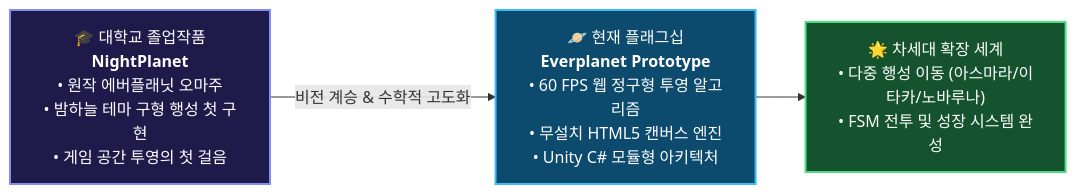
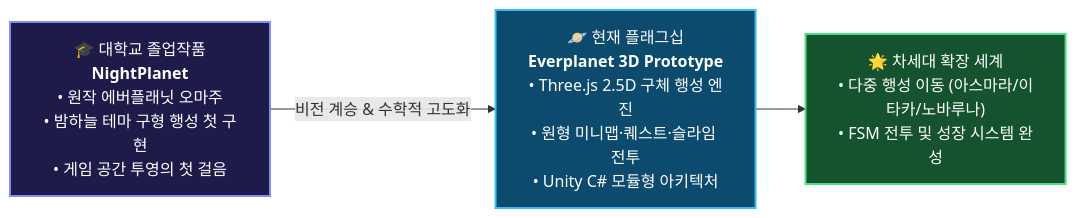
The diagram in README.md (kri2126/kri2126), drawn with Mermaid before and after one commit. The commit also changed other lines of this file, not shown here.

Commit message:
feat: Update demo links and content to 3D version (evergreen-3d.html)

````diff
--- a/README.md
+++ b/README.md
@@ -107,9 +108,9 @@
 ```mermaid
 flowchart LR
-    A["🎓 대학교 졸업작품<br><b>NightPlanet</b><br>• 원작 에버플래닛 오마주<br>• 밤하늘 테마 구형 행성 첫 구현<br>• 게임 공간 투영의 첫 걸음"] -->|비전 계승 & 수학적 고도화| B["🪐 현재 플래그십<br><b>Everplanet Prototype</b><br>• 60 FPS 웹 정구형 투영 알고리즘<br>• 무설치 HTML5 캔버스 엔진<br>• Unity C# 모듈형 아키텍처"]
+    A["🎓 대학교 졸업작품<br><b>NightPlanet</b><br>• 원작 에버플래닛 오마주<br>• 밤하늘 테마 구형 행성 첫 구현<br>• 게임 공간 투영의 첫 걸음"] -->|비전 계승 & 수학적 고도화| B["🪐 현재 플래그십<br><b>Everplanet 3D Prototype</b><br>• Three.js 2.5D 구체 행성 엔진<br>• 원형 미니맵·퀘스트·슬라임 전투<br>• Unity C# 모듈형 아키텍처"]
     B --> C["🌟 차세대 확장 세계<br>• 다중 행성 이동 (아스마라/이타카/노바루나)<br>• FSM 전투 및 성장 시스템 완성"]
     
     style A fill:#1e1b4b,stroke:#818cf8,stroke-width:2px,color:#fff
     style B fill:#0c4a6e,stroke:#38bdf8,stroke-width:2px,color:#fff
     style C fill:#14532d,stroke:#4ade80,stroke-width:2px,color:#fff
 ```
````
